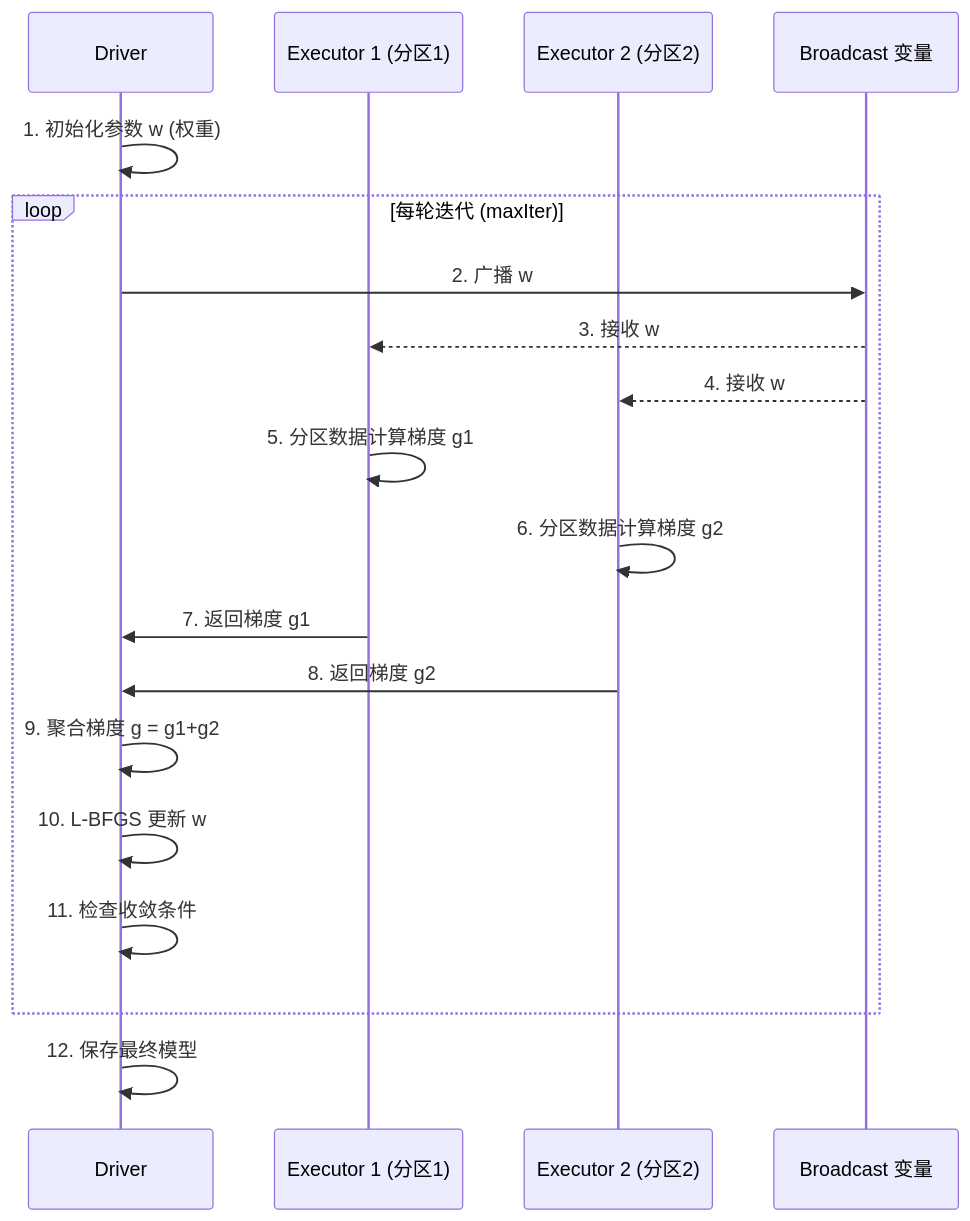
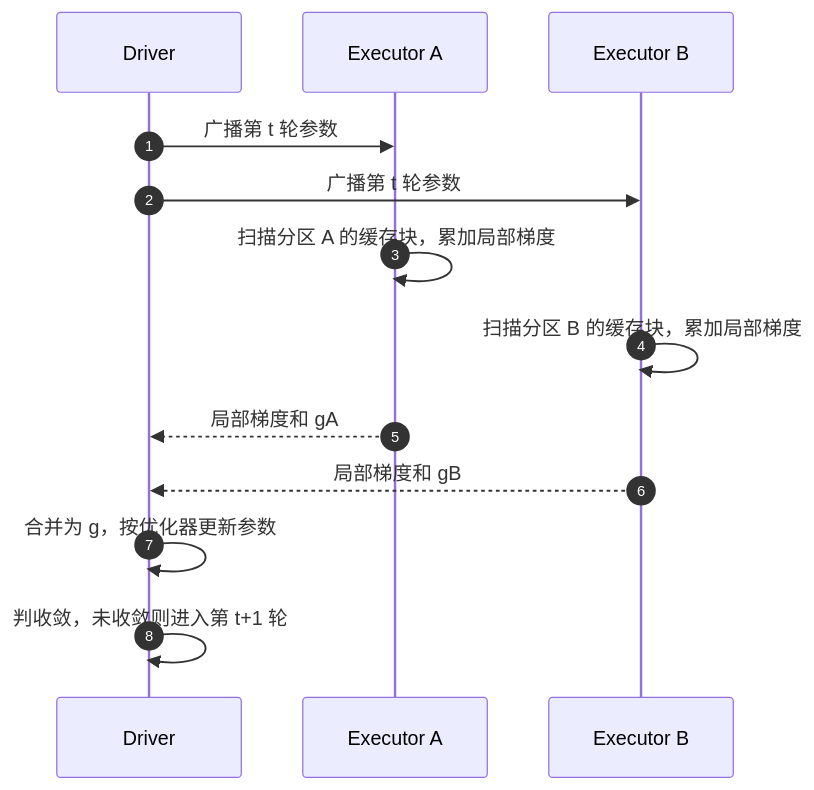
The second of 6 diagrams in content/大数据/读书笔记-大数据概览/15 Spark MLlib：分布式机器学习算法实现.md (hpliStartAgain/my-brain), drawn with Mermaid before and after one commit. The commit also changed other lines of this file and 259 other files, not shown here.

````diff
--- a/content/大数据/读书笔记-大数据概览/15 Spark MLlib：分布式机器学习算法实现.md
+++ b/content/大数据/读书笔记-大数据概览/15 Spark MLlib：分布式机器学习算法实现.md
@@ -102,27 +98,16 @@
 ```mermaid
+%%{init: {'theme': 'dracula'}}%%
 sequenceDiagram
+    autonumber
     participant D as Driver
-    participant P1 as Executor 1 (分区1)
-    participant P2 as Executor 2 (分区2)
-    participant B as Broadcast 变量
-
-    D->>D: 1. 初始化参数 w (权重)
-    
-    loop 每轮迭代 (maxIter)
-        D->>B: 2. 广播 w
-        B-->>P1: 3. 接收 w
-        B-->>P2: 4. 接收 w
-        
-        P1->>P1: 5. 分区数据计算梯度 g1
-        P2->>P2: 6. 分区数据计算梯度 g2
-        
-        P1->>D: 7. 返回梯度 g1
-        P2->>D: 8. 返回梯度 g2
-        
-        D->>D: 9. 聚合梯度 g = g1+g2
-        D->>D: 10. L-BFGS 更新 w
-        D->>D: 11. 检查收敛条件
-    end
-    
-    D->>D: 12. 保存最终模型
+    participant E1 as Executor A
+    participant E2 as Executor B
+    D->>E1: 广播第 t 轮参数
+    D->>E2: 广播第 t 轮参数
+    E1->>E1: 扫描分区 A 的缓存块，累加局部梯度
+    E2->>E2: 扫描分区 B 的缓存块，累加局部梯度
+    E1-->>D: 局部梯度和 gA
+    E2-->>D: 局部梯度和 gB
+    D->>D: 合并为 g，按优化器更新参数
+    D->>D: 判收敛，未收敛则进入第 t+1 轮
 ```
````
